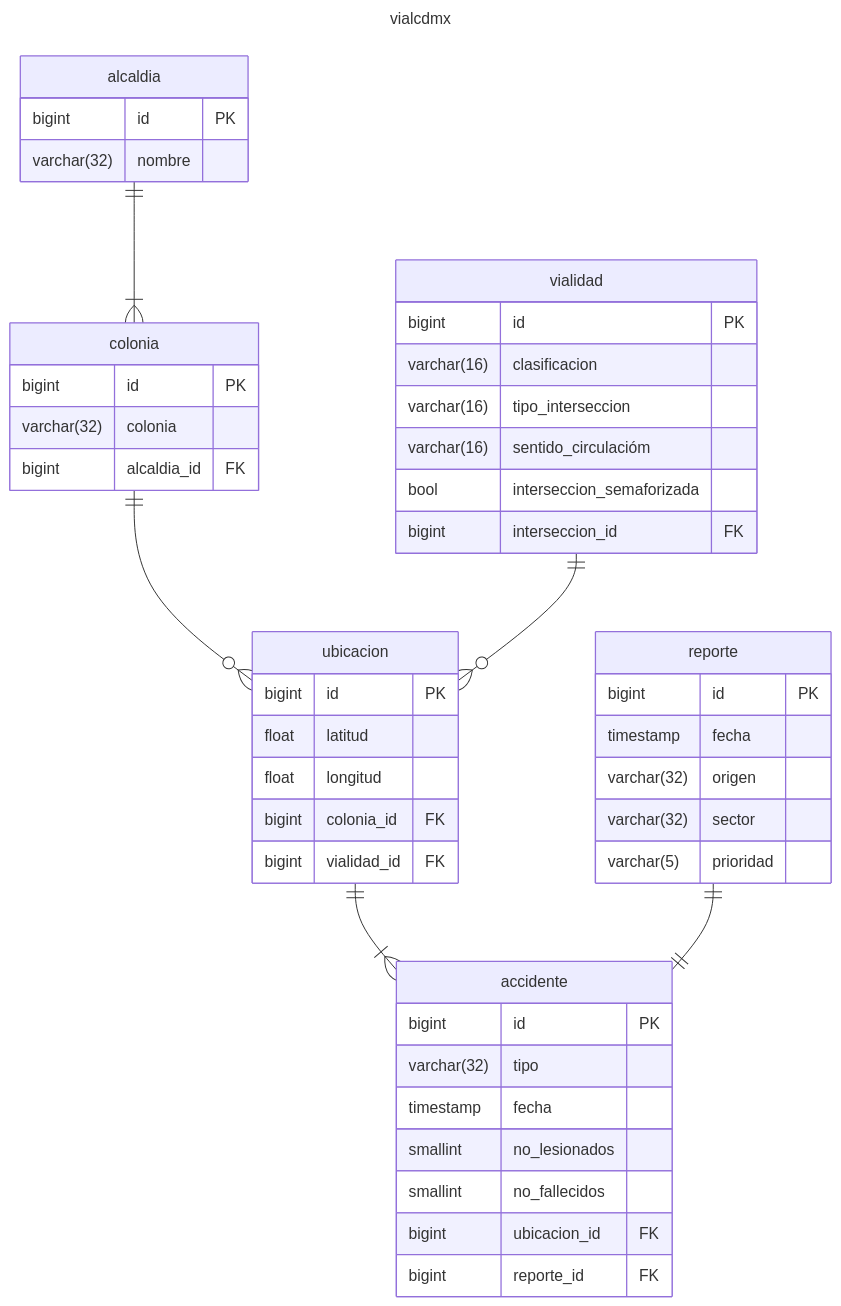
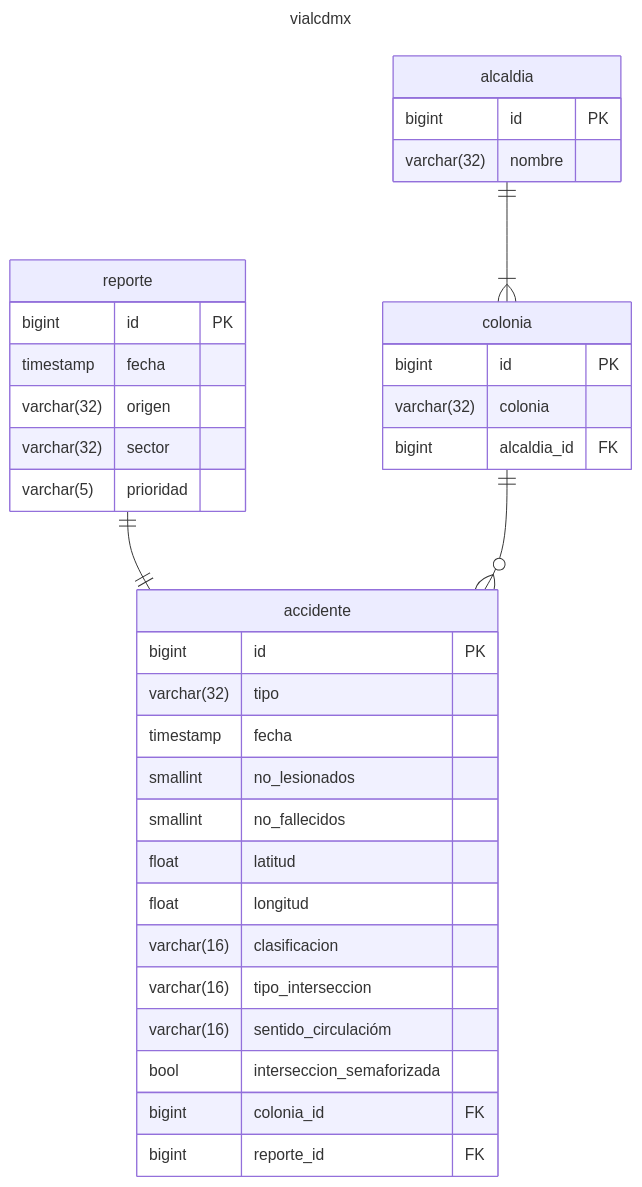
The diagram in README.md (joltdot/proyecto_bd), drawn with Mermaid before and after one commit.

Commit message:
Revise ER diagram in README.md
Updated the entity relationship diagram to include new attributes for 'accidente' and removed 'vialidad' and 'ubicacion' entities.

````diff
--- a/README.md
+++ b/README.md
@@ -362,54 +362,43 @@
 ```mermaid
 ---
 title: vialcdmx
 ---
 
 erDiagram
-    ubicacion ||--|{ accidente : " "
     reporte || -- || accidente : " "
     alcaldia ||--|{ colonia : " "
-    colonia ||--o{ ubicacion : " "
-    vialidad ||--o{ ubicacion : " "
+    colonia ||--o{ accidente : " "
+
     accidente {
         bigint id PK
         varchar(32) tipo
         timestamp fecha
         smallint no_lesionados
         smallint no_fallecidos
-        bigint ubicacion_id FK 
+        float latitud
+        float longitud
+        varchar(16) clasificacion
+        varchar(16) tipo_interseccion
+        varchar(16) sentido_circulacióm
+        bool interseccion_semaforizada
+        bigint colonia_id FK
         bigint reporte_id FK
     }
     alcaldia {
         bigint id PK
         varchar(32) nombre
     }
     colonia {
         bigint id PK
         varchar(32) colonia
         bigint alcaldia_id FK
     }
-
-    vialidad {
-        bigint id PK
-        varchar(16) clasificacion
-        varchar(16) tipo_interseccion
-        varchar(16) sentido_circulacióm
-        bool interseccion_semaforizada
-        bigint interseccion_id FK 
-    }
-    ubicacion {
-        bigint id PK
-        float latitud
-        float longitud
-        bigint colonia_id FK 
-        bigint vialidad_id FK 
-    }
     reporte {
         bigint id PK
         timestamp fecha
         varchar(32) origen
         varchar(32) sector
         varchar(5) prioridad
     }
 
 ```
````
